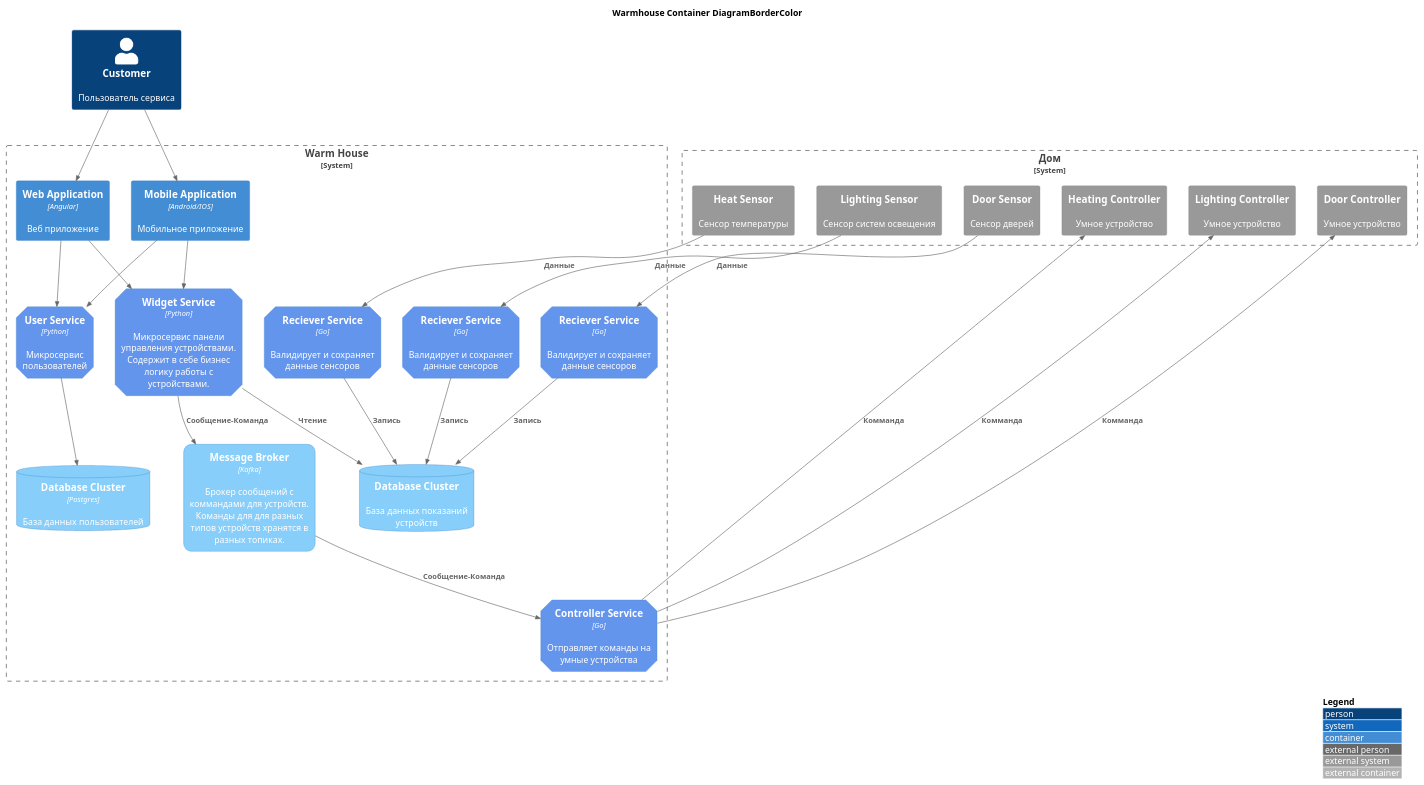
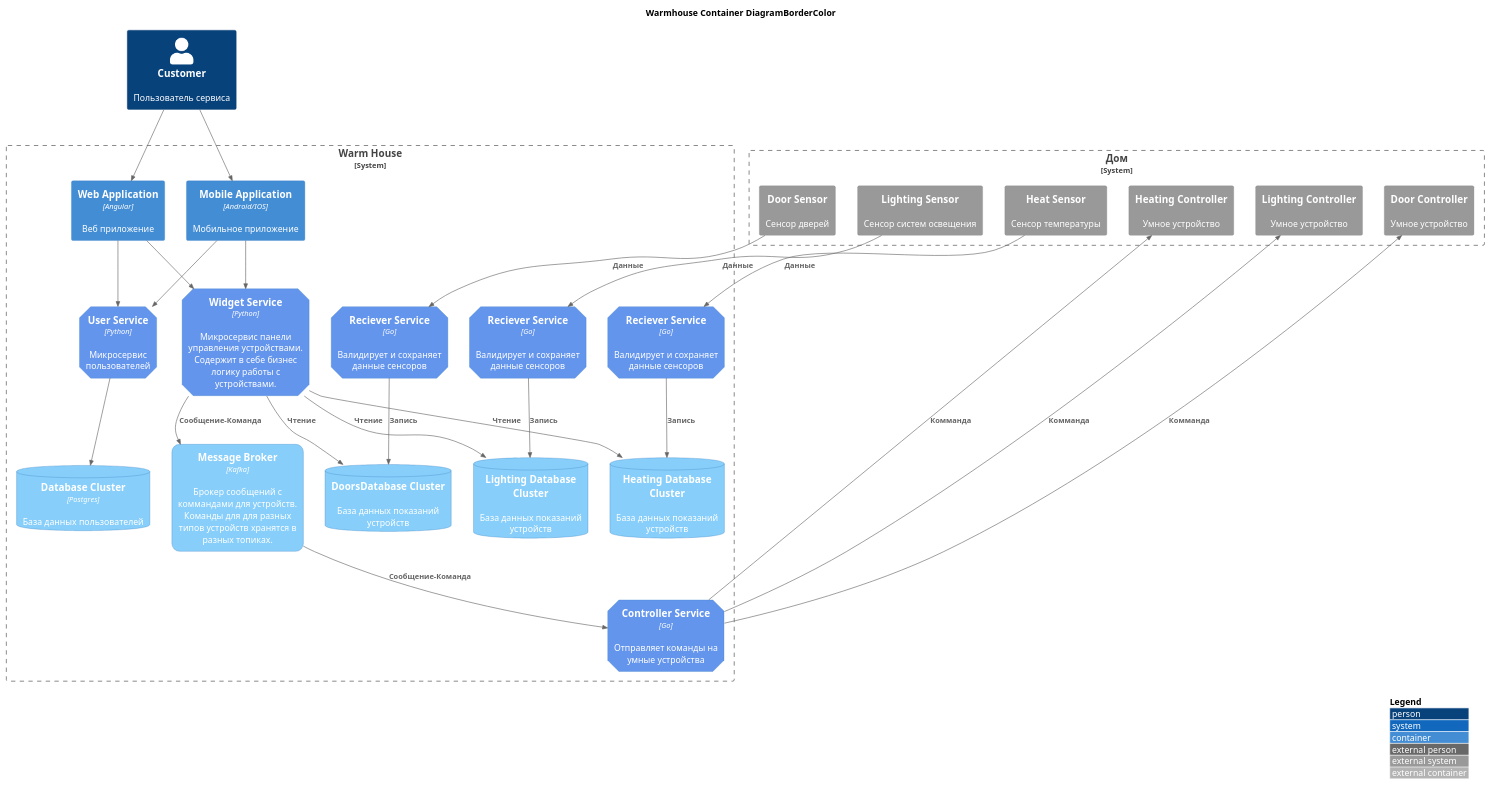
The diagram in dock/task_1/container/warmhouse_container.puml (AlexanderSkySych/architecture-sprint-3), drawn with PlantUML before and after one commit.

Commit message:
Extra recievers

```diff
--- a/dock/task_1/container/warmhouse_container.puml
+++ b/dock/task_1/container/warmhouse_container.puml
@@ -1,67 +1,71 @@
 @startuml
 !include C4_Container.puml
 
 AddElementTag("microService", $shape=EightSidedShape(), $bgColor="CornflowerBlue", $fontColor="white", $legendText="micro service\neight sided")
 AddElementTag("storage", $shape=RoundedBoxShape(), $bgColor="lightSkyBlue", $fontColor="white")
 
 LAYOUT_TOP_DOWN()
 ' LAYOUT_AS_SKETCH()
 LAYOUT_WITH_LEGEND()
 
 title Warmhouse Container DiagramBorderColor
 Person(customer, Customer, "Пользователь сервиса")
 
 System_Boundary(house, "Дом") {
     System_Ext(sensor_heating, "Heat Sensor", "Сенсор температуры")
     System_Ext(sensor_lighting, "Lighting Sensor", "Сенсор систем освещения")
     System_Ext(sensor_door, "Door Sensor", "Сенсор дверей")
 
     System_Ext(controller_heating, "Heating Controller", "Умное устройство")
     System_Ext(controller_lighting, "Lighting Controller", "Умное устройство")
     System_Ext(controller_door, "Door Controller", "Умное устройство")
 }
 
 System_Boundary(warmhouse, "Warm House") {
     Container(app_web, "Web Application", "Angular", "Веб приложение")
     Container(app_mobile, "Mobile Application", "Android/IOS", "Мобильное приложение")
 
     Container(service_panel, "Widget Service", "Python", "Микросервис панели управления устройствами. Содержит в себе бизнес логику работы с устройствами.", $tags = "microService")
     Container(service_controller, "Controller Service", "Go", "Отправляет команды на умные устройства", $tags = "microService")
     Container(service_users, "User Service", "Python", "Микросервис пользователей", $tags = "microService")
 
     Container(service_reciever_heating, "Reciever Service", "Go", "Валидирует и сохраняет данные сенсоров", $tags = "microService")
     Container(service_reciever_lighting, "Reciever Service", "Go", "Валидирует и сохраняет данные сенсоров", $tags = "microService")
     Container(service_reciever_door, "Reciever Service", "Go", "Валидирует и сохраняет данные сенсоров", $tags = "microService")
     
-    ContainerDb(database_reciever, "Database Cluster", "", "База данных показаний устройств", $tags = "storage")
-    
+    ContainerDb(database_reciever_heating, "Heating Database Cluster", "", "База данных показаний устройств", $tags = "storage")
+    ContainerDb(database_reciever_lighting, "Lighting Database Cluster", "", "База данных показаний устройств", $tags = "storage")
+    ContainerDb(database_reciever_door, "DoorsDatabase Cluster", "", "База данных показаний устройств", $tags = "storage")
+
     ContainerDb(database_users, "Database Cluster", "Postgres", "База данных пользователей", $tags = "storage")
     Container(queue_commands, "Message Broker", "Kafka", "Брокер сообщений с коммандами для устройств. Команды для для разных типов устройств хранятся в разных топиках.", $tags = "storage")
 }
 
 Rel(app_web, service_users, "")
 Rel(app_web, service_panel, "")
 Rel(app_mobile, service_users, "")
 Rel(app_mobile, service_panel, "")
 
 Rel_Back(controller_heating, service_controller, "Комманда")
 Rel_Back(controller_lighting, service_controller, "Комманда")
 Rel_Back(controller_door, service_controller, "Комманда")
 
 Rel(customer, app_web, "")
 Rel(customer, app_mobile, "")
 
 Rel(sensor_heating, service_reciever_heating, "Данные")
 Rel(sensor_lighting, service_reciever_lighting, "Данные")
 Rel(sensor_door, service_reciever_door, "Данные")
 
-Rel(service_reciever_heating, database_reciever, "Запись")
-Rel(service_reciever_lighting, database_reciever, "Запись")
-Rel(service_reciever_door, database_reciever, "Запись")
+Rel(service_reciever_heating, database_reciever_heating, "Запись")
+Rel(service_reciever_lighting, database_reciever_lighting, "Запись")
+Rel(service_reciever_door, database_reciever_door, "Запись")
 
 Rel(service_panel, queue_commands, "Сообщение-Команда")
 Rel(queue_commands, service_controller, "Сообщение-Команда")
 
 Rel(service_users, database_users, "")
-Rel(service_panel, database_reciever, "Чтение")
+Rel(service_panel, database_reciever_heating, "Чтение")
+Rel(service_panel, database_reciever_lighting, "Чтение")
+Rel(service_panel, database_reciever_door, "Чтение")
 @enduml
```
